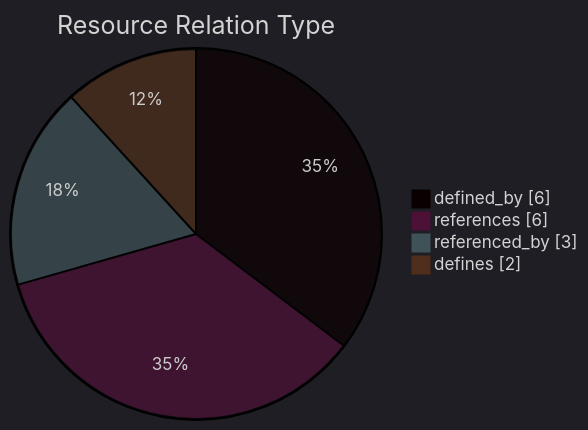
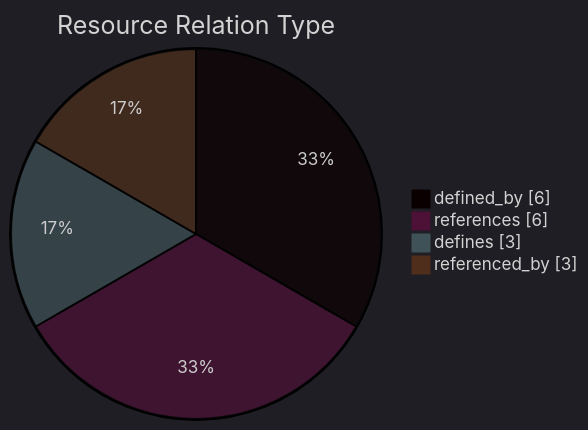
The diagram in datastore_tracker/resource_relation_type_pie_chart.md (open-data/analytics-corporate-reporting), drawn with Mermaid before and after one commit. The commit also changed 11 other files, not shown here.

````diff
--- a/datastore_tracker/resource_relation_type_pie_chart.md
+++ b/datastore_tracker/resource_relation_type_pie_chart.md
@@ -2,11 +2,11 @@
 ```mermaid
 ---
 config:
   theme: dark
 ---
 pie showData title Resource Relation Type
     "defined_by": 6
     "references": 6
+    "defines": 3
     "referenced_by": 3
-    "defines": 2
 ```
````
